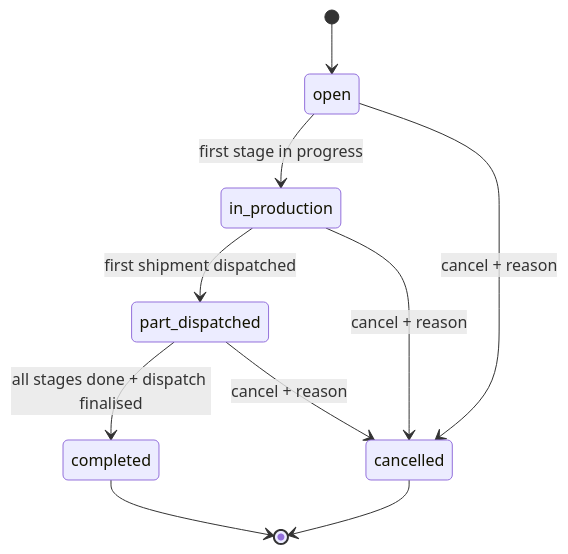
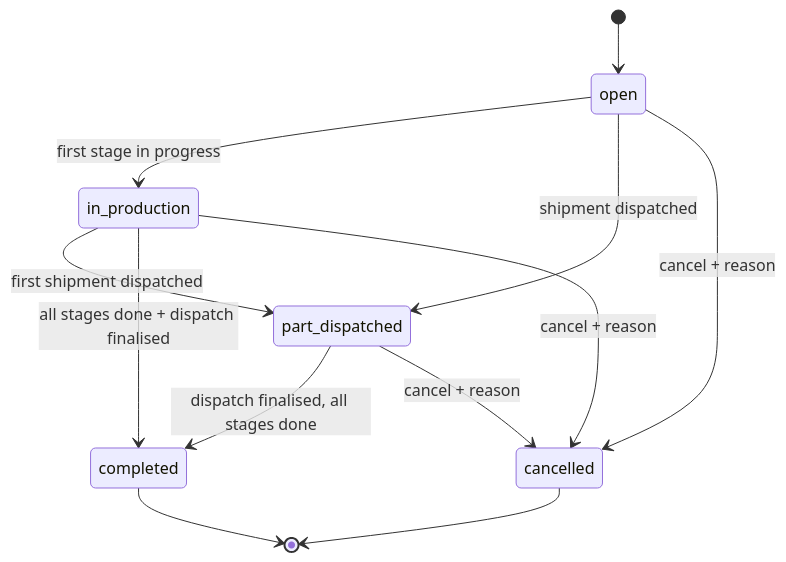
The third of 3 diagrams in README.md (Ayyankhan101/fanela-planner), drawn with Mermaid before and after one commit. The commit also changed other lines of this file, not shown here.

First line of the commit message:
docs: audit-fix README graphs against code

````diff
--- a/README.md
+++ b/README.md
@@ -66,12 +68,14 @@
 ```mermaid
-stateDiagram-v2
+  stateDiagram-v2
   [*] --> open
   open --> in_production : first stage in progress
+  open --> part_dispatched : shipment dispatched
   in_production --> part_dispatched : first shipment dispatched
-  part_dispatched --> completed : all stages done + dispatch finalised
+  in_production --> completed : all stages done + dispatch finalised
+  part_dispatched --> completed : dispatch finalised, all stages done
   open --> cancelled : cancel + reason
   in_production --> cancelled : cancel + reason
   part_dispatched --> cancelled : cancel + reason
   completed --> [*]
   cancelled --> [*]
 ```
````
